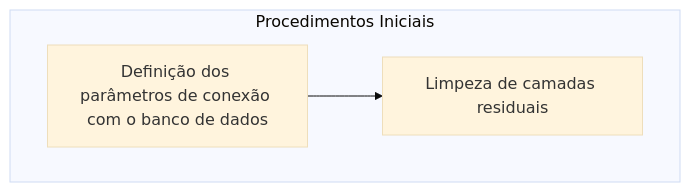
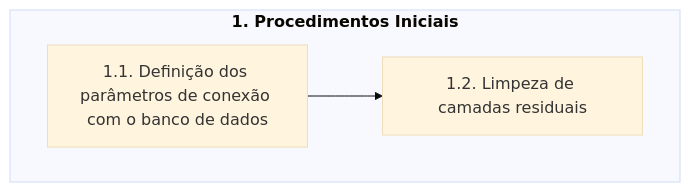
Before and after one commit to brunoguterres/ParaibaHidroGIS: the second of 6 diagrams in pyqgis/documentacao.md, drawn with Mermaid (base theme). The commit also changed other lines of this file and 2 other files, not shown here.

````diff
--- a/pyqgis/documentacao.md
+++ b/pyqgis/documentacao.md
@@ -45,6 +57,6 @@
 ```mermaid
     flowchart TD    
-    subgraph A[Procedimentos Iniciais]
-        B[Definição dos parâmetros de conexão com o banco de dados] --> C[Limpeza de camadas residuais];
+    subgraph A[<b>1. Procedimentos Iniciais</b>]
+        B[1.1. Definição dos parâmetros de conexão com o banco de dados] --> C[1.2. Limpeza de camadas residuais];
     end
 ```
````
